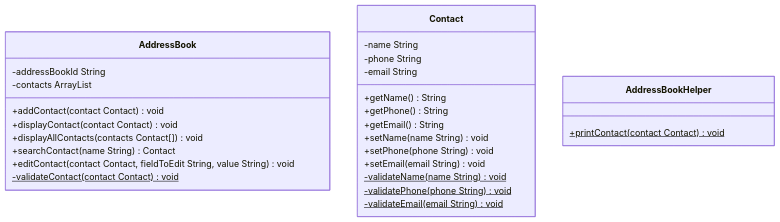
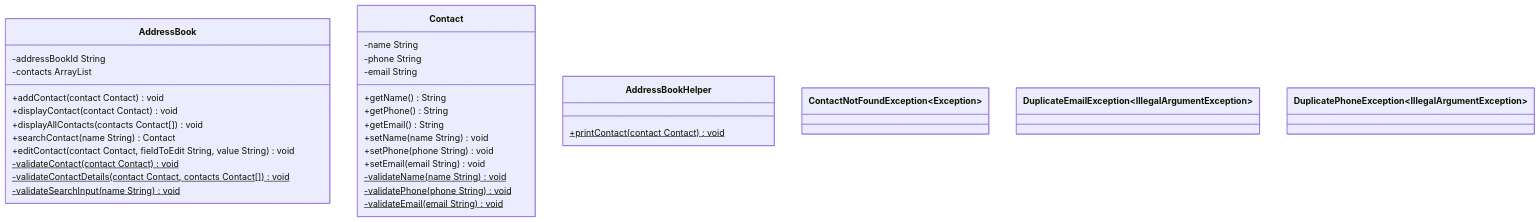
The diagram in docs/domain-models-test-plan.md (lokszechung/digital-futures-address-book-challenge), drawn with Mermaid before and after one commit. The commit also changed other lines of this file and 2 other files, not shown here.

Commit message:
Add test for display all contacts

````diff
--- a/docs/domain-models-test-plan.md
+++ b/docs/domain-models-test-plan.md
@@ -70,30 +72,41 @@
 ```mermaid
 classDiagram
     class AddressBook {
         -addressBookId String
         -contacts ArrayList<Contact>
         +addContact(contact Contact) void
         +displayContact(contact Contact) void
         +displayAllContacts(contacts Contact[]) void
         +searchContact(name String) Contact
         +editContact(contact Contact, fieldToEdit String, value String) void
         -validateContact(contact Contact)$ void
+        -validateContactDetails(contact Contact, contacts Contact[])$ void
+        -validateSearchInput(name String)$ void
     }
     class Contact {
         -name String
         -phone String
         -email String
         +getName() String
         +getPhone() String
         +getEmail() String
         +setName(name String) void
         +setPhone(phone String) void
         +setEmail(email String) void
         -validateName(name String)$ void
         -validatePhone(phone String)$ void
         -validateEmail(email String)$ void
     }
     class AddressBookHelper {
         +printContact(contact Contact)$ void
     }
+    class ContactNotFoundException~Exception~ {
+        
+    }
+   class DuplicateEmailException~IllegalArgumentException~ {
+
+   }
+   class DuplicatePhoneException~IllegalArgumentException~ {
+
+   }
 ```
````
